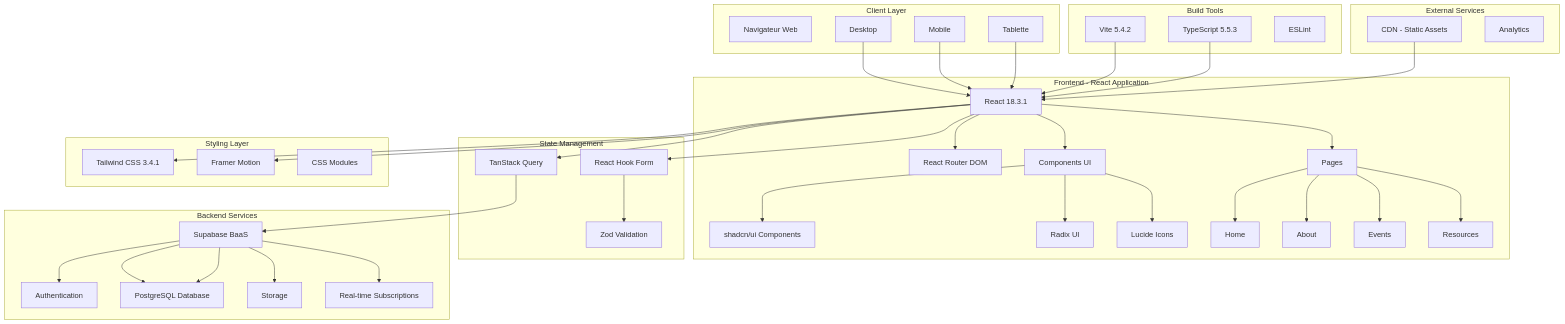
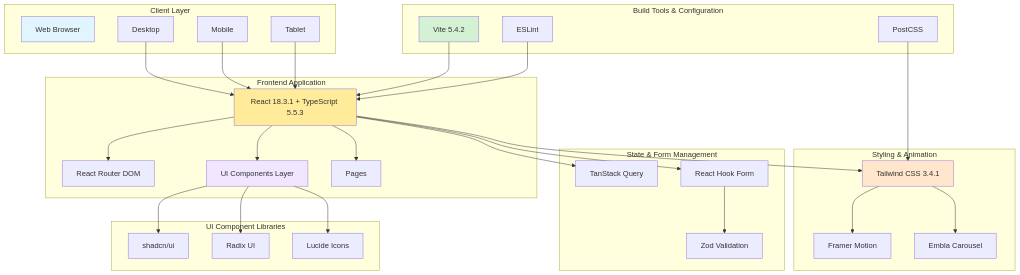
The diagram in README.md (TaniaW777/international-mens-day), drawn with Mermaid before and after one commit. The commit also changed other lines of this file, not shown here.

Commit message:
Update architecture diagram - remove backend references

````diff
--- a/README.md
+++ b/README.md
@@ -11,76 +11,70 @@
 ```mermaid
 graph TB
     subgraph "Client Layer"
-        A[Navigateur Web]
+        A[Web Browser]
         A1[Desktop]
         A2[Mobile]
-        A3[Tablette]
+        A3[Tablet]
     end
 
-    subgraph "Frontend - React Application"
-        B[React 18.3.1]
-        B --> C[React Router DOM]
-        B --> D[Components UI]
-        B --> E[Pages]
-        
-        D --> D1[shadcn/ui Components]
-        D --> D2[Radix UI]
-        D --> D3[Lucide Icons]
-        
-        E --> E1[Home]
-        E --> E2[About]
-        E --> E3[Events]
-        E --> E4[Resources]
+    subgraph "Frontend Application"
+        B[React 18.3.1 + TypeScript 5.5.3]
+        C[React Router DOM]
+        D[UI Components Layer]
+        E[Pages]
     end
 
-    subgraph "State Management"
-        F[TanStack Query]
-        G[React Hook Form]
-        H[Zod Validation]
+    subgraph "UI Component Libraries"
+        F[shadcn/ui]
+        G[Radix UI]
+        H[Lucide Icons]
     end
 
-    subgraph "Styling Layer"
-        I[Tailwind CSS 3.4.1]
-        J[Framer Motion]
-        K[CSS Modules]
+    subgraph "State & Form Management"
+        I[TanStack Query]
+        J[React Hook Form]
+        K[Zod Validation]
     end
 
-    subgraph "Backend Services"
-        L[Supabase BaaS]
-        L --> M[Authentication]
-        L --> N[PostgreSQL Database]
-        L --> O[Storage]
-        L --> P[Real-time Subscriptions]
+    subgraph "Styling & Animation"
+        L[Tailwind CSS 3.4.1]
+        M[Framer Motion]
+        N[Embla Carousel]
     end
 
-    subgraph "Build Tools"
-        Q[Vite 5.4.2]
-        R[TypeScript 5.5.3]
-        S[ESLint]
-    end
-
-    subgraph "External Services"
-        T[CDN - Static Assets]
-        U[Analytics]
+    subgraph "Build Tools & Configuration"
+        O[Vite 5.4.2]
+        P[ESLint]
+        Q[PostCSS]
     end
 
     A1 --> B
     A2 --> B
     A3 --> B
     
-    B --> F
-    B --> G
-    G --> H
+    B --> C
+    B --> D
+    B --> E
+    
+    D --> F
+    D --> G
+    D --> H
     
     B --> I
     B --> J
+    J --> K
     
-    F --> L
-    
-    Q --> B
-    R --> B
-    
+    B --> L
+    L --> M
     L --> N
     
-    T --> B
+    O --> B
+    P --> B
+    Q --> L
+    
+    style A fill:#e1f5ff
+    style B fill:#ffeb99
+    style D fill:#f0e6ff
+    style L fill:#ffe6cc
+    style O fill:#d4f1d4
 ```
````
